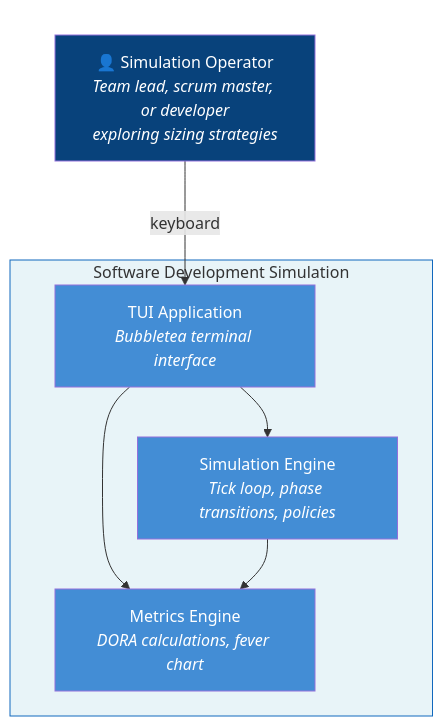
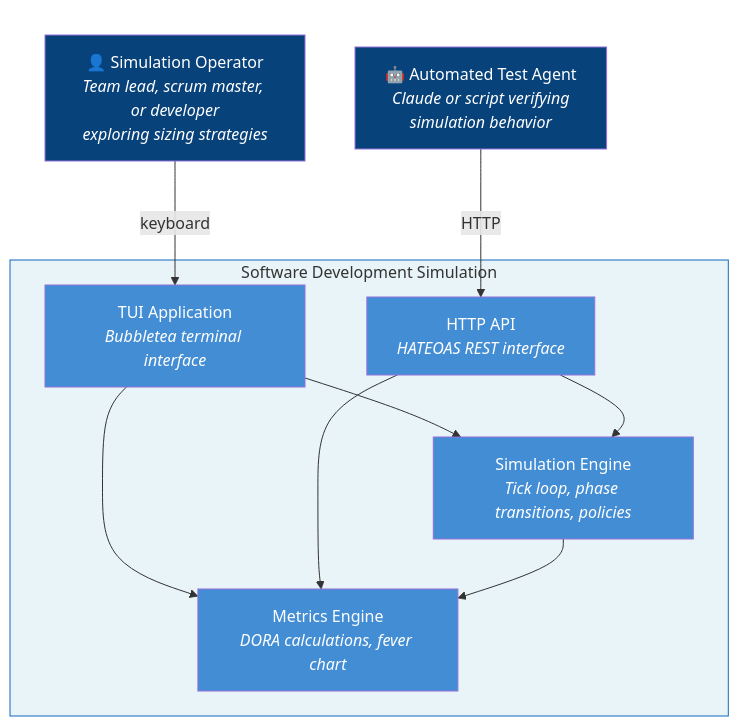
The diagram in docs/use-cases.md (binaryphile/sofdevsim-2026), drawn with Mermaid before and after one commit. The commit also changed other lines of this file and 4 other files, not shown here.

First line of the commit message:
Phase 5: Wire up REST API alongside TUI

````diff
--- a/docs/use-cases.md
+++ b/docs/use-cases.md
@@ -7,24 +7,31 @@
 ```mermaid
 flowchart TB
     subgraph external[" "]
         operator["👤 Simulation Operator<br/><i>Team lead, scrum master, or developer<br/>exploring sizing strategies</i>"]
+        agent["🤖 Automated Test Agent<br/><i>Claude or script verifying<br/>simulation behavior</i>"]
     end
 
     subgraph system["Software Development Simulation"]
         tui["TUI Application<br/><i>Bubbletea terminal interface</i>"]
+        api["HTTP API<br/><i>HATEOAS REST interface</i>"]
         engine["Simulation Engine<br/><i>Tick loop, phase transitions, policies</i>"]
         metrics["Metrics Engine<br/><i>DORA calculations, fever chart</i>"]
     end
 
     operator -->|"keyboard"| tui
+    agent -->|"HTTP"| api
     tui --> engine
+    api --> engine
     tui --> metrics
+    api --> metrics
     engine --> metrics
 
     style external fill:none,stroke:none
     style system fill:#e8f4f8,stroke:#1168bd
     style operator fill:#08427b,color:#fff
+    style agent fill:#08427b,color:#fff
     style tui fill:#438dd5,color:#fff
+    style api fill:#438dd5,color:#fff
     style engine fill:#438dd5,color:#fff
     style metrics fill:#438dd5,color:#fff
 ```
````
